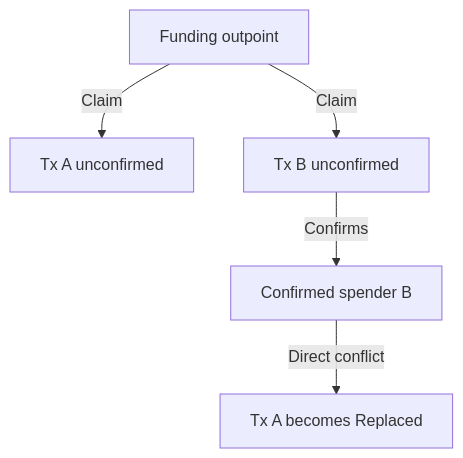
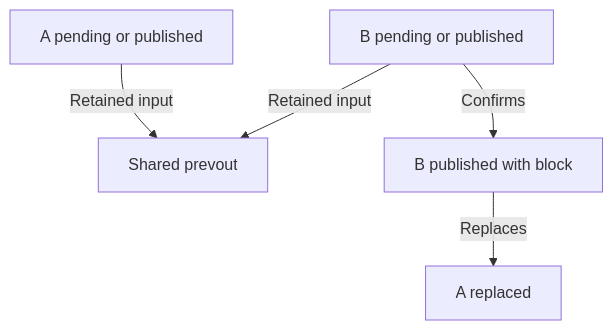
The fifth of 6 diagrams in docs/developer/utxo_data_model.md (btcsuite/btcwallet), drawn with Mermaid before and after one commit. The commit also changed other lines of this file and 1 other file, not shown here.

````diff
--- a/docs/developer/utxo_data_model.md
+++ b/docs/developer/utxo_data_model.md
@@ -316,9 +269,8 @@
 ```mermaid
 graph TD
-    %% Both unconfirmed candidates retain claims on the same funding output.
-    %% Only confirmation establishes the spender and invalidates its competitor.
-    Input[Funding outpoint] -->|Claim| A[Tx A unconfirmed]
-    Input -->|Claim| B[Tx B unconfirmed]
-    B -->|Confirms| Winner[Confirmed spender B]
-    Winner -->|Direct conflict| Replaced[Tx A becomes Replaced]
+    %% Unconfirmed alternatives retain both inputs; confirmation resolves the loser.
+    A[A pending or published] -->|Retained input| Input[Shared prevout]
+    B[B pending or published] -->|Retained input| Input
+    B -->|Confirms| Winner[B published with block]
+    Winner -->|Replaces| Loser[A replaced]
 ```
````
